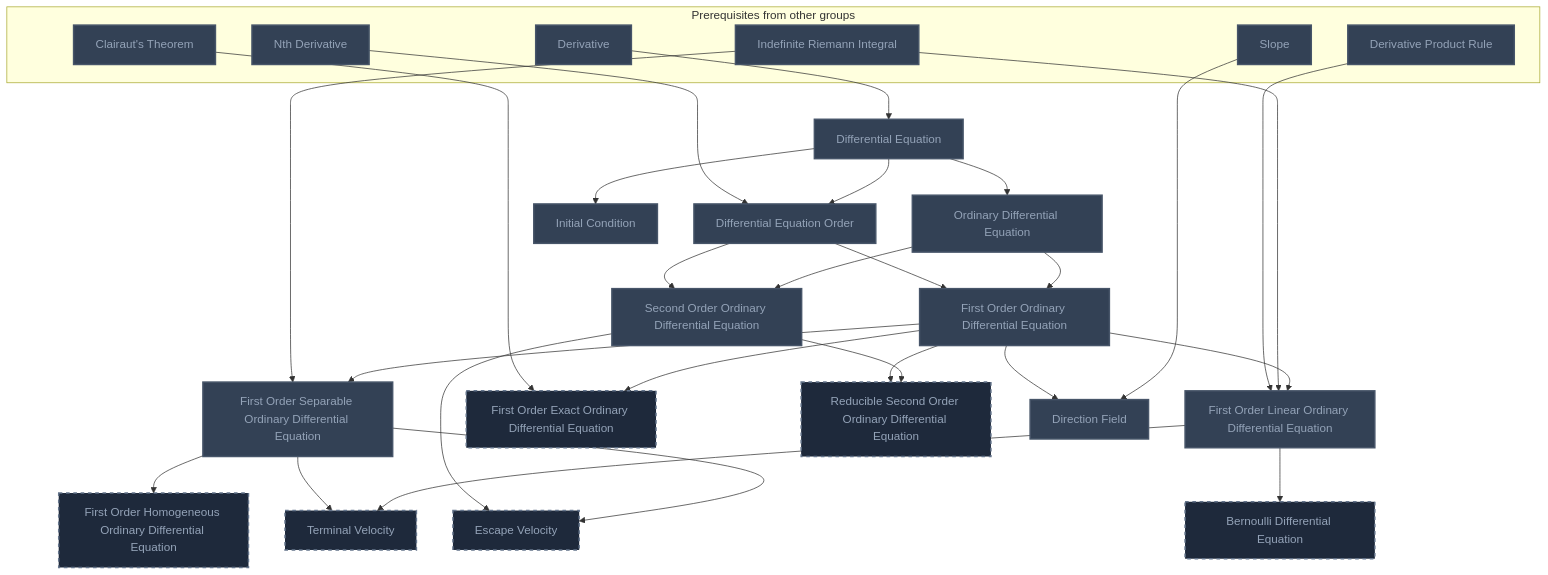
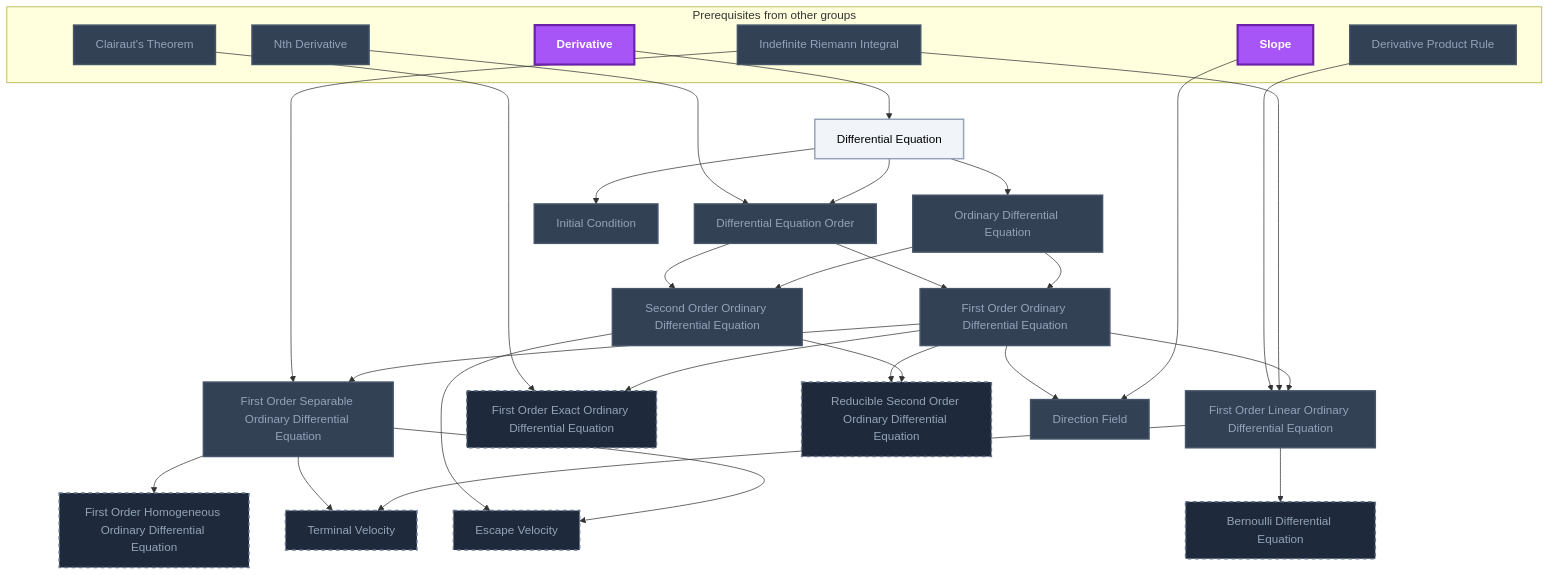
One commit to MRauf1/My-Notes changed the first of 7 diagrams in Gamification/Skill Trees/Differential Equations.md. Above: the diagram before and after it, drawn with Mermaid. The commit also changed other lines of this file and 156 other files, not shown here.

````diff
--- a/Gamification/Skill Trees/Differential Equations.md
+++ b/Gamification/Skill Trees/Differential Equations.md
@@ -14,64 +14,66 @@
 ```mermaid
 flowchart TD
     classDef planned fill:#1E293B,stroke:#64748B,stroke-width:2px,stroke-dasharray:5 5,color:#94A3B8;
     classDef locked fill:#334155,stroke:#475569,stroke-width:2px,color:#94A3B8;
     classDef L0 fill:#F1F5F9,stroke:#94A3B8,stroke-width:2px,color:#000000;
     classDef L1 fill:#22C55E,stroke:#15803D,stroke-width:2px,color:#000000;
     classDef L2 fill:#3B82F6,stroke:#1D4ED8,stroke-width:3px,color:#FFFFFF;
     classDef L3 fill:#A855F7,stroke:#6B21A8,stroke-width:3px,color:#FFFFFF,font-weight:bold;
     classDef L4 fill:#F97316,stroke:#C2410C,stroke-width:4px,color:#000000,font-weight:bold;
     classDef L5 fill:#FFD700,stroke:#FF8C00,stroke-width:5px,color:#000000,font-weight:bold;
     classDef rusty stroke:#8B4513,stroke-width:4px,stroke-dasharray:3 3;
     subgraph sg_prereqs["Prerequisites from other groups"]
         n_derivative["Derivative"]
         n_nth_derivative["Nth Derivative"]
         n_indefinite_riemann_integral["Indefinite Riemann Integral"]
         n_derivative_product_rule["Derivative Product Rule"]
         n_clairaut_s_theorem["Clairaut's Theorem"]
         n_slope["Slope"]
     end
     n_differential_equation["Differential Equation"]
     n_differential_equation_order["Differential Equation Order"]
     n_ordinary_differential_equation["Ordinary Differential Equation"]
     n_first_order_ordinary_differential_equation["First Order Ordinary Differential Equation"]
     n_second_order_ordinary_differential_equation["Second Order Ordinary Differential Equation"]
     n_first_order_separable_ordinary_differential_equation["First Order Separable Ordinary Differential Equation"]
     n_first_order_linear_ordinary_differential_equation["First Order Linear Ordinary Differential Equation"]
     n_first_order_homogeneous_ordinary_differential_equation["First Order Homogeneous Ordinary Differential Equation"]
     n_bernoulli_differential_equation["Bernoulli Differential Equation"]
     n_first_order_exact_ordinary_differential_equation["First Order Exact Ordinary Differential Equation"]
     n_reducible_second_order_ordinary_differential_equation["Reducible Second Order Ordinary Differential Equation"]
     n_terminal_velocity["Terminal Velocity"]
     n_escape_velocity["Escape Velocity"]
     n_initial_condition["Initial Condition"]
     n_direction_field["Direction Field"]
     n_derivative --> n_differential_equation
     n_nth_derivative --> n_differential_equation_order
     n_differential_equation --> n_differential_equation_order
     n_differential_equation --> n_ordinary_differential_equation
     n_differential_equation_order --> n_first_order_ordinary_differential_equation
     n_ordinary_differential_equation --> n_first_order_ordinary_differential_equation
     n_differential_equation_order --> n_second_order_ordinary_differential_equation
     n_ordinary_differential_equation --> n_second_order_ordinary_differential_equation
     n_indefinite_riemann_integral --> n_first_order_separable_ordinary_differential_equation
     n_first_order_ordinary_differential_equation --> n_first_order_separable_ordinary_differential_equation
     n_derivative_product_rule --> n_first_order_linear_ordinary_differential_equation
     n_indefinite_riemann_integral --> n_first_order_linear_ordinary_differential_equation
     n_first_order_ordinary_differential_equation --> n_first_order_linear_ordinary_differential_equation
     n_first_order_separable_ordinary_differential_equation --> n_first_order_homogeneous_ordinary_differential_equation
     n_first_order_linear_ordinary_differential_equation --> n_bernoulli_differential_equation
     n_clairaut_s_theorem --> n_first_order_exact_ordinary_differential_equation
     n_first_order_ordinary_differential_equation --> n_first_order_exact_ordinary_differential_equation
     n_first_order_ordinary_differential_equation --> n_reducible_second_order_ordinary_differential_equation
     n_second_order_ordinary_differential_equation --> n_reducible_second_order_ordinary_differential_equation
     n_first_order_separable_ordinary_differential_equation --> n_terminal_velocity
     n_first_order_linear_ordinary_differential_equation --> n_terminal_velocity
     n_second_order_ordinary_differential_equation --> n_escape_velocity
     n_first_order_separable_ordinary_differential_equation --> n_escape_velocity
     n_differential_equation --> n_initial_condition
     n_first_order_ordinary_differential_equation --> n_direction_field
     n_slope --> n_direction_field
     class n_first_order_homogeneous_ordinary_differential_equation,n_bernoulli_differential_equation,n_first_order_exact_ordinary_differential_equation,n_reducible_second_order_ordinary_differential_equation,n_terminal_velocity,n_escape_velocity planned;
-    class n_derivative,n_nth_derivative,n_indefinite_riemann_integral,n_derivative_product_rule,n_clairaut_s_theorem,n_slope,n_differential_equation,n_differential_equation_order,n_ordinary_differential_equation,n_first_order_ordinary_differential_equation,n_second_order_ordinary_differential_equation,n_first_order_separable_ordinary_differential_equation,n_first_order_linear_ordinary_differential_equation,n_initial_condition,n_direction_field locked;
+    class n_nth_derivative,n_indefinite_riemann_integral,n_derivative_product_rule,n_clairaut_s_theorem,n_differential_equation_order,n_ordinary_differential_equation,n_first_order_ordinary_differential_equation,n_second_order_ordinary_differential_equation,n_first_order_separable_ordinary_differential_equation,n_first_order_linear_ordinary_differential_equation,n_initial_condition,n_direction_field locked;
+    class n_differential_equation L0;
+    class n_derivative,n_slope L3;
     class n_derivative,n_nth_derivative,n_indefinite_riemann_integral,n_derivative_product_rule,n_clairaut_s_theorem,n_slope,n_differential_equation,n_differential_equation_order,n_ordinary_differential_equation,n_first_order_ordinary_differential_equation,n_second_order_ordinary_differential_equation,n_first_order_separable_ordinary_differential_equation,n_first_order_linear_ordinary_differential_equation,n_initial_condition,n_direction_field internal-link;
 ```
````
